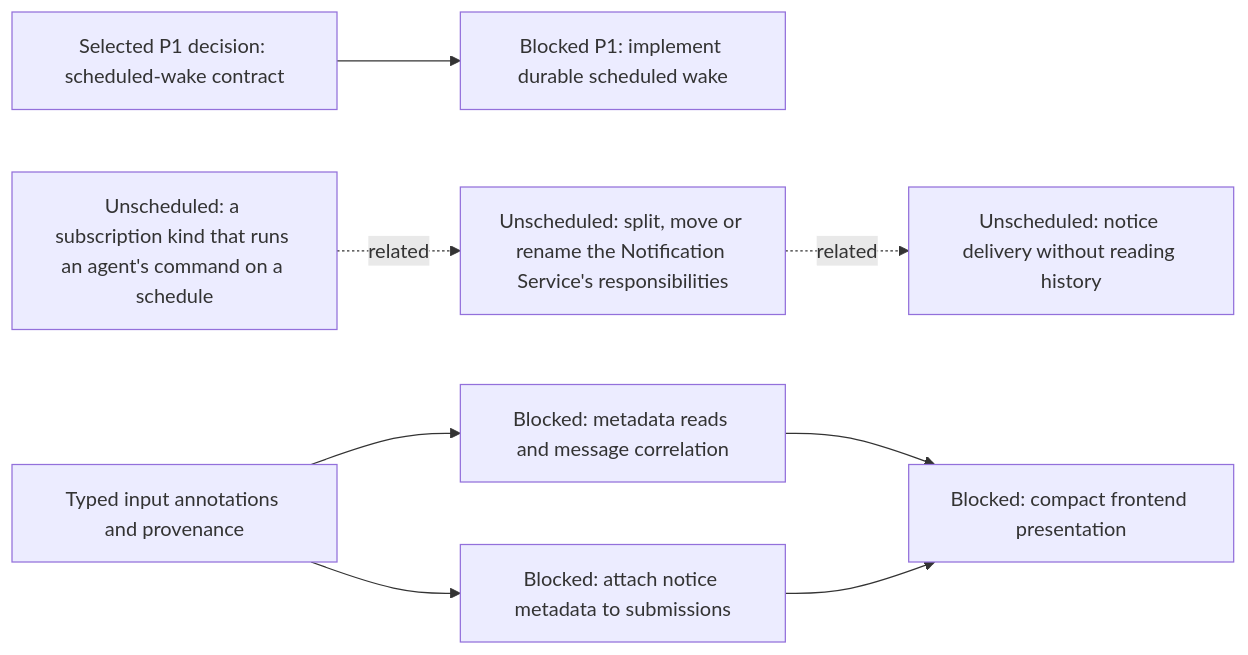
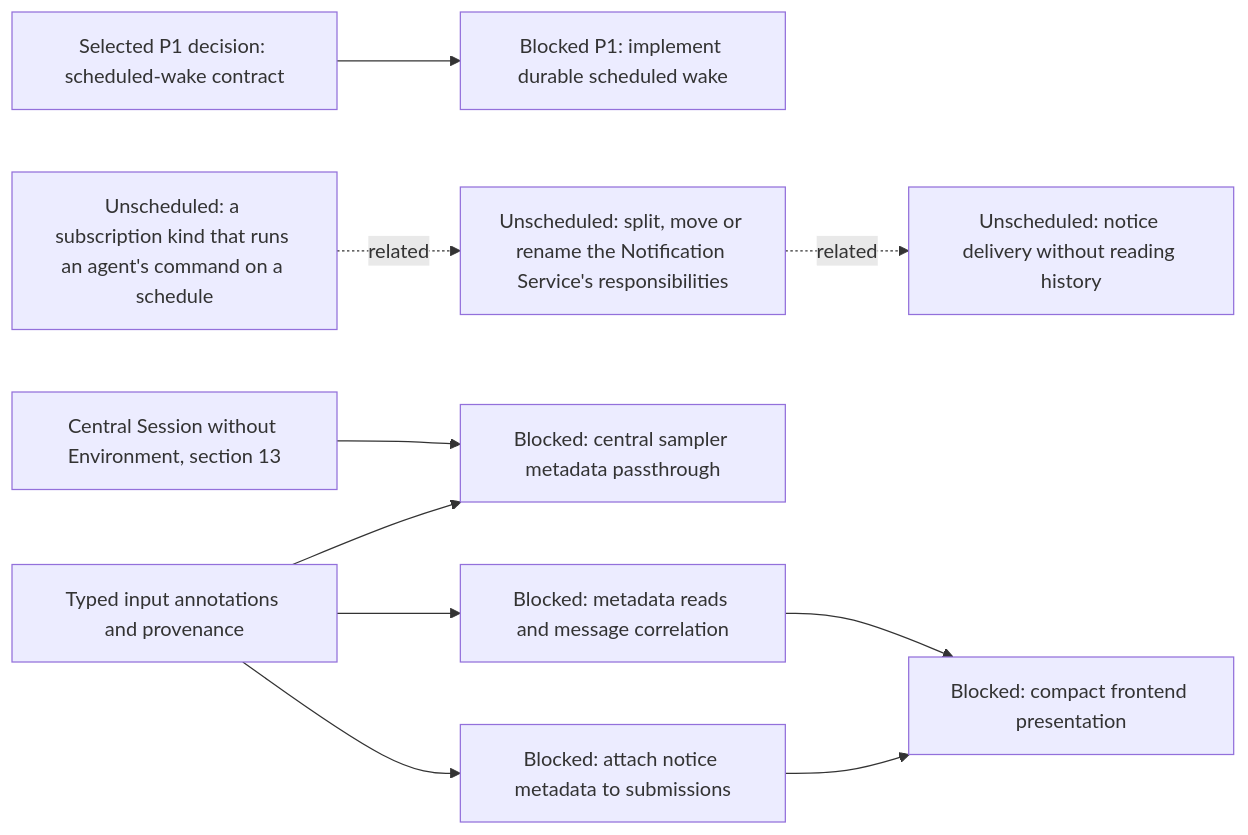
One commit to agentydragon/ducktape changed the second of 17 diagrams in agentplane/plans/task_dag.md. Above: the diagram before and after it, drawn with Mermaid. The commit also changed other lines of this file and 7 other files, not shown here.

Commit message:
Coordinate Session and Environment plan decisions

````diff
--- a/agentplane/plans/task_dag.md
+++ b/agentplane/plans/task_dag.md
@@ -184,19 +184,23 @@
 ```mermaid
 flowchart LR
     SCHEDULED_AGENT_WAKE_DESIGN[Selected P1 decision: scheduled-wake contract]
     SCHEDULED_AGENT_WAKE[Blocked P1: implement durable scheduled wake]
     SCHEDULED_AGENT_WAKE_DESIGN --> SCHEDULED_AGENT_WAKE
     NOTIFICATION_COMMAND_OUTCOME_DESIGN[Unscheduled: notice delivery without reading history]
     NOTIFICATION_SERVICE_SPLIT[Unscheduled: split, move or rename the Notification Service's responsibilities]
     NOTIFICATION_SERVICE_SPLIT -. related .-> NOTIFICATION_COMMAND_OUTCOME_DESIGN
     COMMAND_WATCH_SUBSCRIPTION_DESIGN[Unscheduled: a subscription kind that runs an agent's command on a schedule]
     COMMAND_WATCH_SUBSCRIPTION_DESIGN -. related .-> NOTIFICATION_SERVICE_SPLIT
     SESSION_INPUT_METADATA[Typed input annotations and provenance]
+    CENTRAL_SESSION_WITHOUT_ENVIRONMENT[Central Session without Environment, section 13]
+    CENTRAL_SESSION_INPUT_METADATA[Blocked: central sampler metadata passthrough]
+    SESSION_INPUT_METADATA --> CENTRAL_SESSION_INPUT_METADATA
+    CENTRAL_SESSION_WITHOUT_ENVIRONMENT --> CENTRAL_SESSION_INPUT_METADATA
     SESSION_INPUT_METADATA_READ[Blocked: metadata reads and message correlation]
     NOTIFICATION_NOTICE_METADATA[Blocked: attach notice metadata to submissions]
     NOTIFICATION_PRESENTATION[Blocked: compact frontend presentation]
     SESSION_INPUT_METADATA --> SESSION_INPUT_METADATA_READ
     SESSION_INPUT_METADATA --> NOTIFICATION_NOTICE_METADATA
     SESSION_INPUT_METADATA_READ --> NOTIFICATION_PRESENTATION
     NOTIFICATION_NOTICE_METADATA --> NOTIFICATION_PRESENTATION
 ```
````
